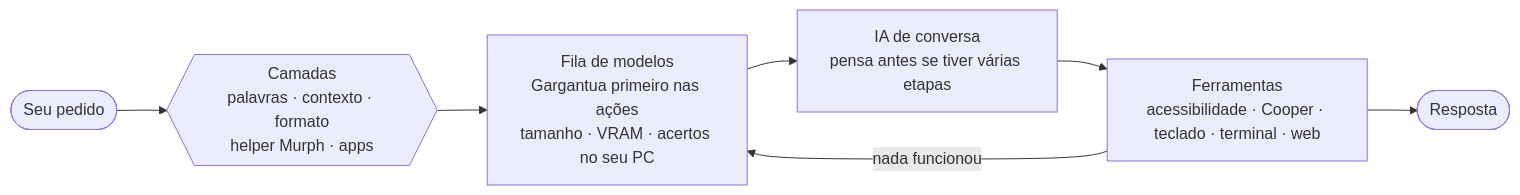
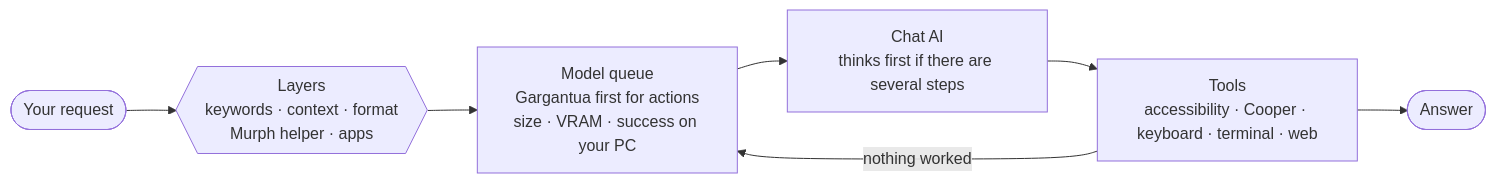
The diagram in README.md (project-opentars/openTars-lightweight-local-addon), drawn with Mermaid before and after one commit. The commit also changed other lines of this file, not shown here.

````diff
--- a/README.md
+++ b/README.md
@@ -242,9 +284,9 @@
 ```mermaid
 flowchart LR
-    P([Seu pedido]) --> L{{"Camadas<br/>palavras · contexto · formato<br/>helper Murph · apps"}}
-    L --> M["Fila de modelos<br/>Gargantua primeiro nas ações<br/>tamanho · VRAM · acertos no seu PC"]
-    M --> IA["IA de conversa<br/>pensa antes se tiver várias etapas"]
-    IA --> F["Ferramentas<br/>acessibilidade · Cooper · teclado · terminal · web"]
-    F -- "nada funcionou" --> M
-    F --> S([Resposta])
+    P([Your request]) --> L{{"Layers<br/>keywords · context · format<br/>Murph helper · apps"}}
+    L --> M["Model queue<br/>Gargantua first for actions<br/>size · VRAM · success on your PC"]
+    M --> IA["Chat AI<br/>thinks first if there are several steps"]
+    IA --> F["Tools<br/>accessibility · Cooper · keyboard · terminal · web"]
+    F -- "nothing worked" --> M
+    F --> S([Answer])
 ```
````
